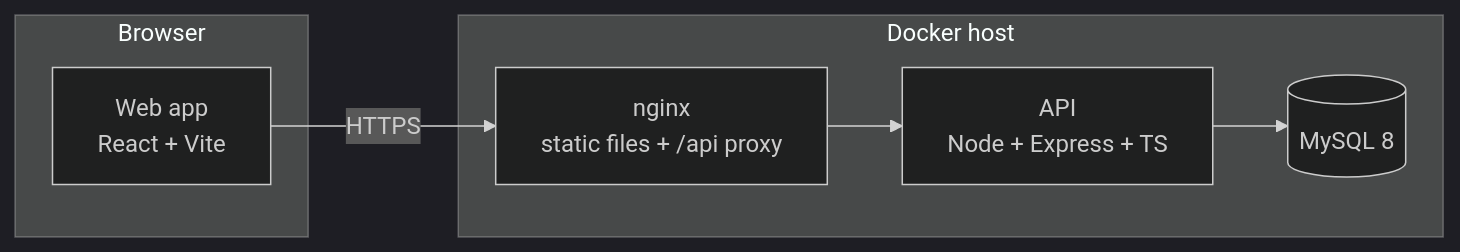
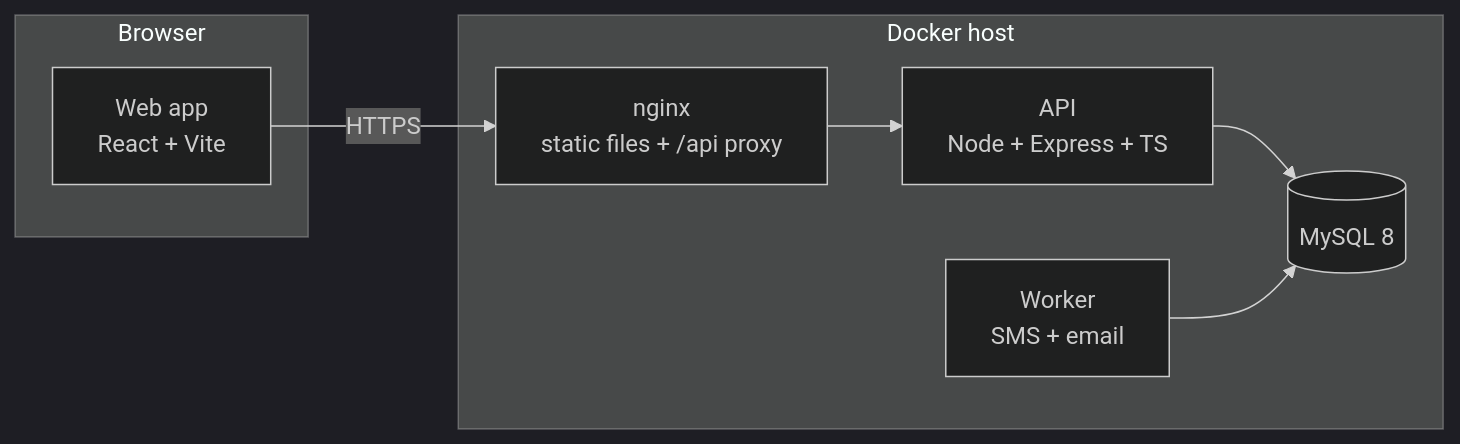
The first of 2 diagrams in docs/architecture.md (Ghosted34/CAREBRIDGE), drawn with Mermaid (dark theme) before and after one commit. The commit also changed other lines of this file and 71 other files, not shown here.

First line of the commit message:
feat: Implement notifications system with SMS and email support

````diff
--- a/docs/architecture.md
+++ b/docs/architecture.md
@@ -9,11 +9,12 @@
 ```mermaid
 flowchart LR
   subgraph Browser
     W[Web app<br/>React + Vite]
   end
   subgraph Server["Docker host"]
     N[nginx<br/>static files + /api proxy] --> A[API<br/>Node + Express + TS]
     A --> D[(MySQL 8)]
+    K[Worker<br/>SMS + email] --> D
   end
   W -- HTTPS --> N
 ```
````
